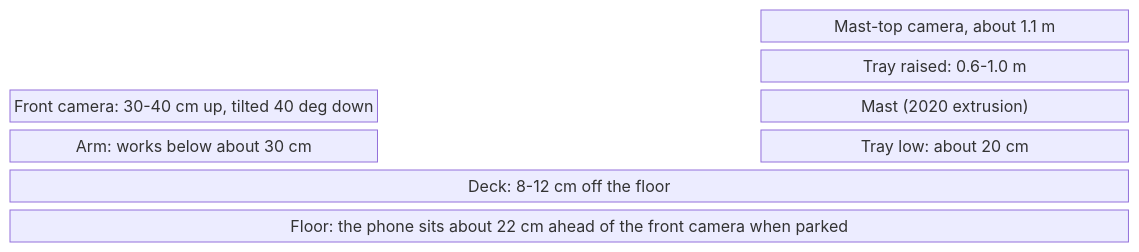
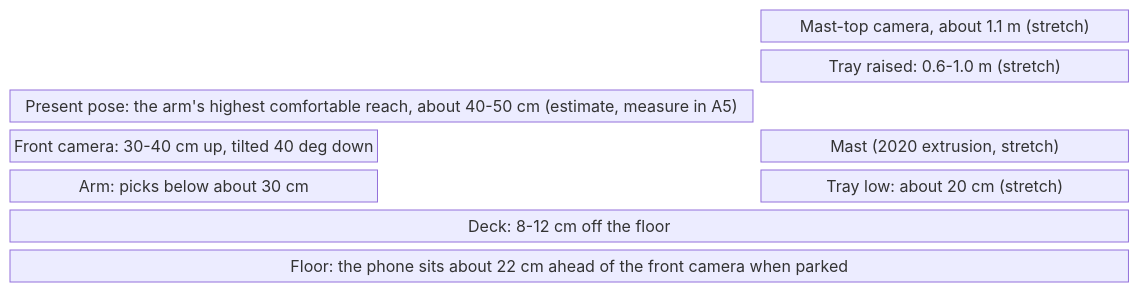
The fifth of 12 diagrams in plan.md (aarooshpravici/AutoPick-CalHacks), drawn with Mermaid before and after one commit. The commit also changed other lines of this file, not shown here.

First line of the commit message:
Plan: hour-6 re-plan, arm hands the object over, lift becomes stretch

````diff
--- a/plan.md
+++ b/plan.md
@@ -188,10 +189,11 @@
 ```mermaid
 block-beta
   columns 3
-  space space TOPCAM["Mast-top camera, about 1.1 m"]
-  space space TRAYUP["Tray raised: 0.6-1.0 m"]
-  FRONTCAM["Front camera: 30-40 cm up, tilted 40 deg down"] space MAST["Mast (2020 extrusion)"]
-  ARM["Arm: works below about 30 cm"] space TRAYLOW["Tray low: about 20 cm"]
+  space space TOPCAM["Mast-top camera, about 1.1 m (stretch)"]
+  space space TRAYUP["Tray raised: 0.6-1.0 m (stretch)"]
+  PRESENT["Present pose: the arm's highest comfortable reach, about 40-50 cm (estimate, measure in A5)"]:2 space
+  FRONTCAM["Front camera: 30-40 cm up, tilted 40 deg down"] space MAST["Mast (2020 extrusion, stretch)"]
+  ARM["Arm: picks below about 30 cm"] space TRAYLOW["Tray low: about 20 cm (stretch)"]
   DECK["Deck: 8-12 cm off the floor"]:3
   FLOOR["Floor: the phone sits about 22 cm ahead of the front camera when parked"]:3
 ```
````
